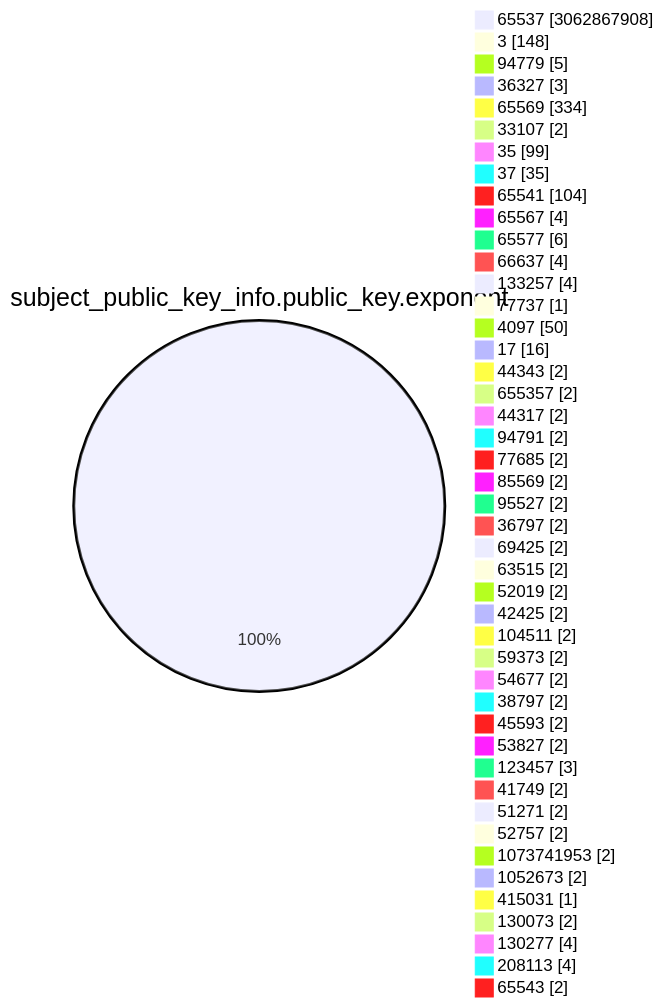
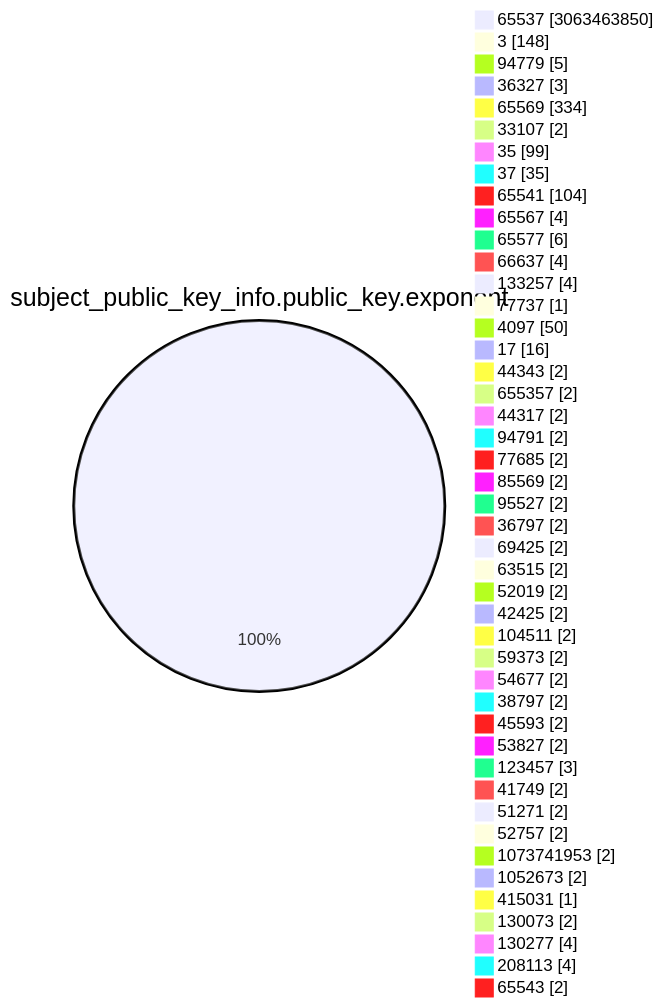
Before and after one commit to christiankrug/ctmonitor_visualization: the fourth of 15 diagrams in TOTAL/README.md, drawn with Mermaid. The commit also changed other lines of this file, not shown here.

````diff
--- a/TOTAL/README.md
+++ b/TOTAL/README.md
@@ -1473,49 +1473,49 @@
 ```mermaid
 pie showData
 title subject_public_key_info.public_key.exponent
-"65537" :3062867908
+"65537" :3063463850
 "3" :148
 "94779" :5
 "36327" :3
 "65569" :334
 "33107" :2
 "35" :99
 "37" :35
 "65541" :104
 "65567" :4
 "65577" :6
 "66637" :4
 "133257" :4
 "77737" :1
 "4097" :50
 "17" :16
 "44343" :2
 "655357" :2
 "44317" :2
 "94791" :2
 "77685" :2
 "85569" :2
 "95527" :2
 "36797" :2
 "69425" :2
 "63515" :2
 "52019" :2
 "42425" :2
 "104511" :2
 "59373" :2
 "54677" :2
 "38797" :2
 "45593" :2
 "53827" :2
 "123457" :3
 "41749" :2
 "51271" :2
 "52757" :2
 "1073741953" :2
 "1052673" :2
 "415031" :1
 "130073" :2
 "130277" :4
 "208113" :4
 "65543" :2
 ```
````
